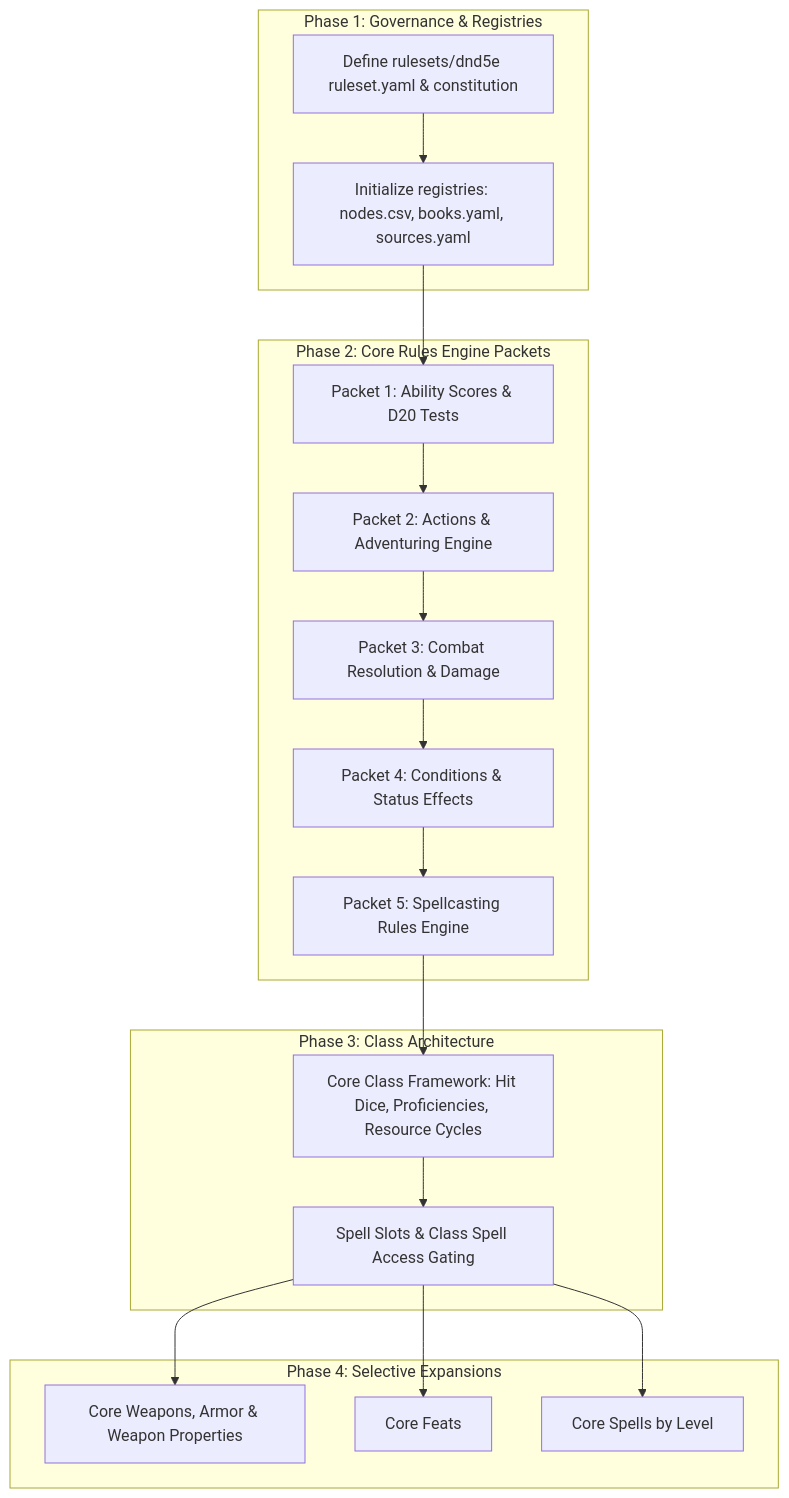
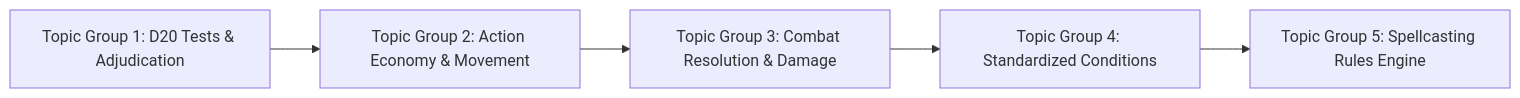
The diagram in FIVE_E_GRAPH_INTEGRATION_PROPOSAL_AGY.md (jeffjohnson/dnd), drawn with Mermaid before and after one commit. The commit also changed other lines of this file and 178 other files, not shown here.

````diff
--- a/FIVE_E_GRAPH_INTEGRATION_PROPOSAL_AGY.md
+++ b/FIVE_E_GRAPH_INTEGRATION_PROPOSAL_AGY.md
@@ -67,27 +118,7 @@
 ```mermaid
-flowchart TD
-    subgraph Phase 1: Governance & Registries
-        G[Define rulesets/dnd5e ruleset.yaml & constitution]
-        N[Initialize registries: nodes.csv, books.yaml, sources.yaml]
-        G --> N
-    end
-
-    subgraph Phase 2: Core Rules Engine Packets
-        N --> P1[Packet 1: Ability Scores & D20 Tests]
-        P1 --> P2[Packet 2: Actions & Adventuring Engine]
-        P2 --> P3[Packet 3: Combat Resolution & Damage]
-        P3 --> P4[Packet 4: Conditions & Status Effects]
-        P4 --> P5[Packet 5: Spellcasting Rules Engine]
-    end
-
-    subgraph Phase 3: Class Architecture
-        P5 --> C1[Core Class Framework: Hit Dice, Proficiencies, Resource Cycles]
-        C1 --> C2[Spell Slots & Class Spell Access Gating]
-    end
-
-    subgraph Phase 4: Selective Expansions
-        C2 --> E1[Core Weapons, Armor & Weapon Properties]
-        C2 --> E2[Core Feats]
-        C2 --> E3[Core Spells by Level]
-    end
+flowchart LR
+    TG1[Topic Group 1: D20 Tests & Adjudication] --> TG2[Topic Group 2: Action Economy & Movement]
+    TG2 --> TG3[Topic Group 3: Combat Resolution & Damage]
+    TG3 --> TG4[Topic Group 4: Standardized Conditions]
+    TG4 --> TG5[Topic Group 5: Spellcasting Rules Engine]
 ```
````
